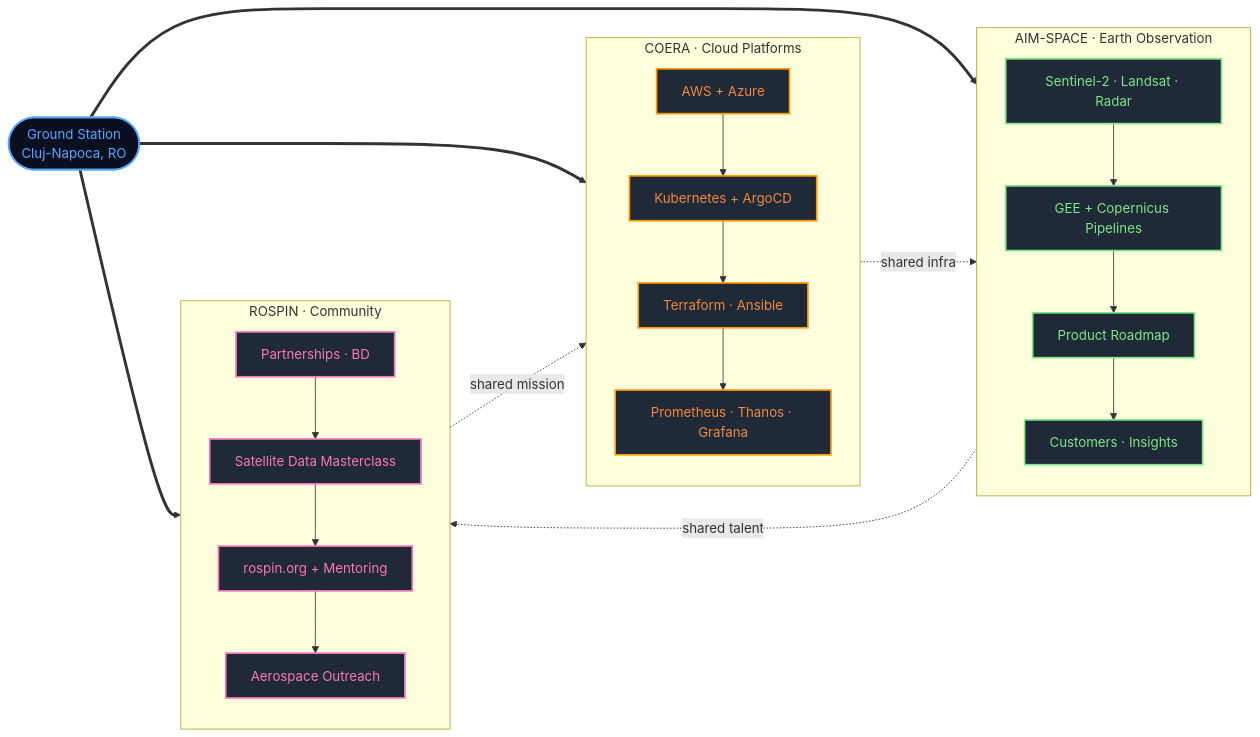
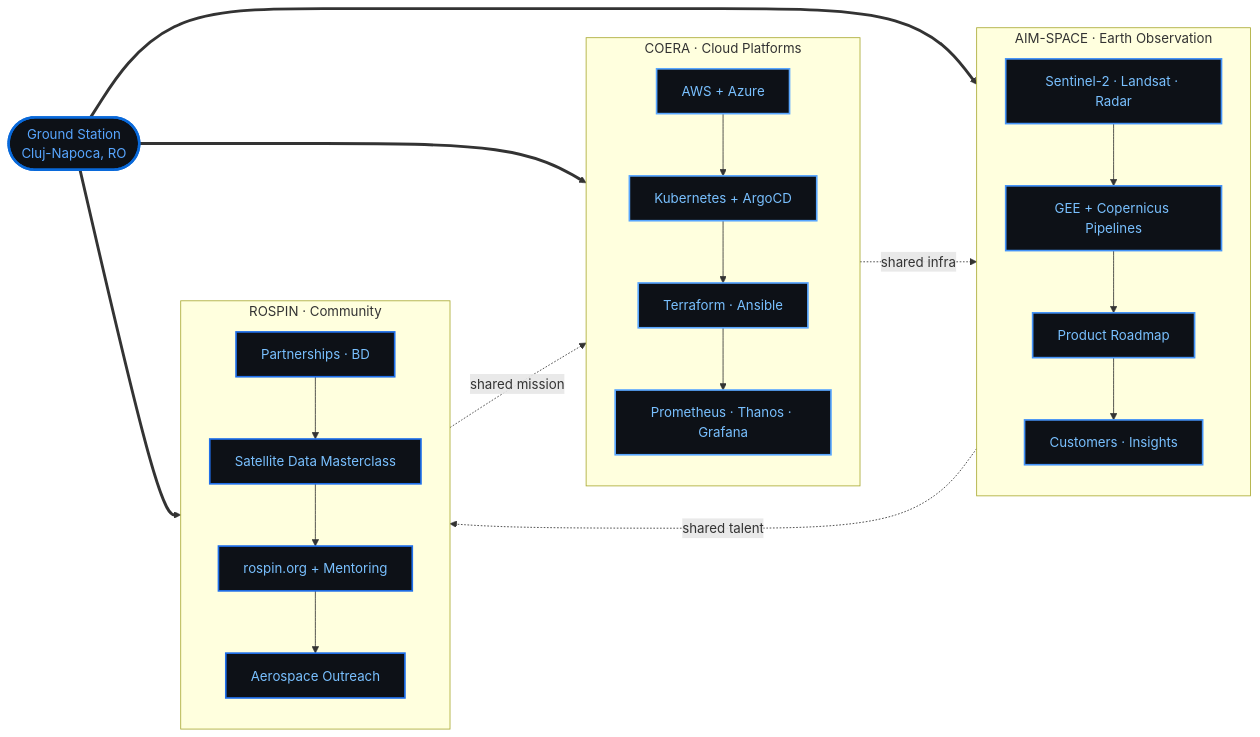
The diagram in README.md (SimonelDavid/SimonelDavid), drawn with Mermaid before and after one commit. The commit also changed other lines of this file, not shown here.

````diff
--- a/README.md
+++ b/README.md
@@ -121,43 +121,43 @@
 ```mermaid
 flowchart LR
-    classDef coera    fill:#1f2937,stroke:#F90,stroke-width:2px,color:#F0883E
-    classDef aim      fill:#1f2937,stroke:#7EE787,stroke-width:2px,color:#7EE787
-    classDef rospin   fill:#1f2937,stroke:#F778BA,stroke-width:2px,color:#F778BA
-    classDef ground   fill:#0b1021,stroke:#58A6FF,stroke-width:2px,color:#58A6FF
+    classDef coera    fill:#0D1117,stroke:#58A6FF,stroke-width:2px,color:#79C0FF
+    classDef aim      fill:#0D1117,stroke:#4493F8,stroke-width:2px,color:#79C0FF
+    classDef rospin   fill:#0D1117,stroke:#1F6FEB,stroke-width:2px,color:#79C0FF
+    classDef ground   fill:#0D1117,stroke:#0969DA,stroke-width:3px,color:#58A6FF
 
     GROUND([ Ground Station<br/>Cluj-Napoca, RO ]):::ground
 
     subgraph COERA [ COERA · Cloud Platforms ]
       direction TB
       C1[AWS + Azure]:::coera
       C2[Kubernetes + ArgoCD]:::coera
       C3[Terraform · Ansible]:::coera
       C4[Prometheus · Thanos · Grafana]:::coera
       C1 --> C2 --> C3 --> C4
     end
 
     subgraph AIM [ AIM-SPACE · Earth Observation ]
       direction TB
       A1[Sentinel-2 · Landsat · Radar]:::aim
       A2[GEE + Copernicus Pipelines]:::aim
       A3[Product Roadmap]:::aim
       A4[Customers · Insights]:::aim
       A1 --> A2 --> A3 --> A4
     end
 
     subgraph ROSPIN [ ROSPIN · Community ]
       direction TB
       R1[Partnerships · BD]:::rospin
       R2[Satellite Data Masterclass]:::rospin
       R3[rospin.org + Mentoring]:::rospin
       R4[Aerospace Outreach]:::rospin
       R1 --> R2 --> R3 --> R4
     end
 
     GROUND ==> COERA
     GROUND ==> AIM
     GROUND ==> ROSPIN
     COERA -.shared infra.-> AIM
     AIM  -.shared talent.-> ROSPIN
     ROSPIN -.shared mission.-> COERA
 ```
````
